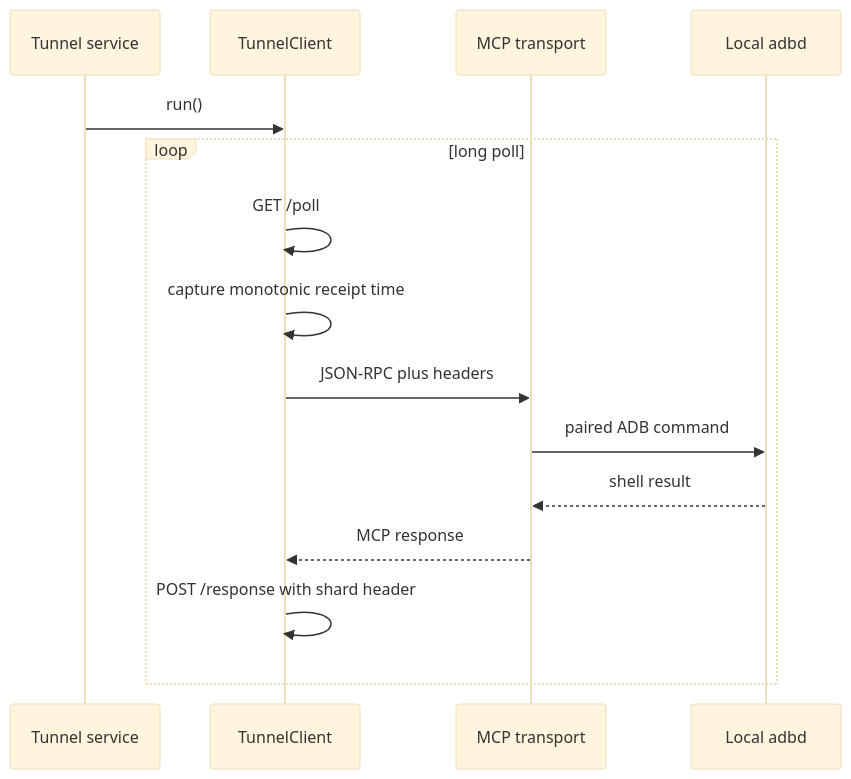
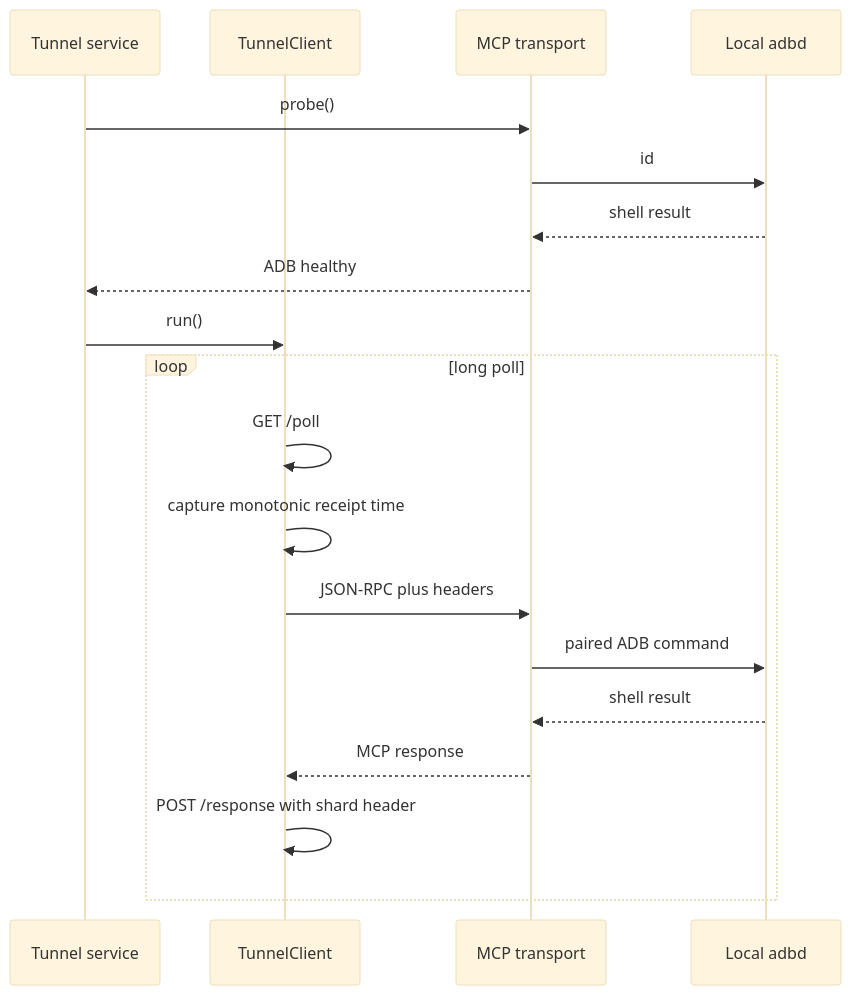
The diagram in docs/DEVELOPMENT.md (charifmahmoudi/Android-ChatGPT-Remote-), drawn with Mermaid (base theme) before and after one commit. The commit also changed other lines of this file and 3 other files, not shown here.

````diff
--- a/docs/DEVELOPMENT.md
+++ b/docs/DEVELOPMENT.md
@@ -22,17 +22,21 @@
 ```mermaid
 sequenceDiagram
     participant T as Tunnel service
     participant C as TunnelClient
     participant M as MCP transport
     participant A as Local adbd
+    T->>M: probe()
+    M->>A: id
+    A-->>M: shell result
+    M-->>T: ADB healthy
     T->>C: run()
     loop long poll
         C->>C: GET /poll
         C->>C: capture monotonic receipt time
         C->>M: JSON-RPC plus headers
         M->>A: paired ADB command
         A-->>M: shell result
         M-->>C: MCP response
         C->>C: POST /response with shard header
     end
 ```
````
